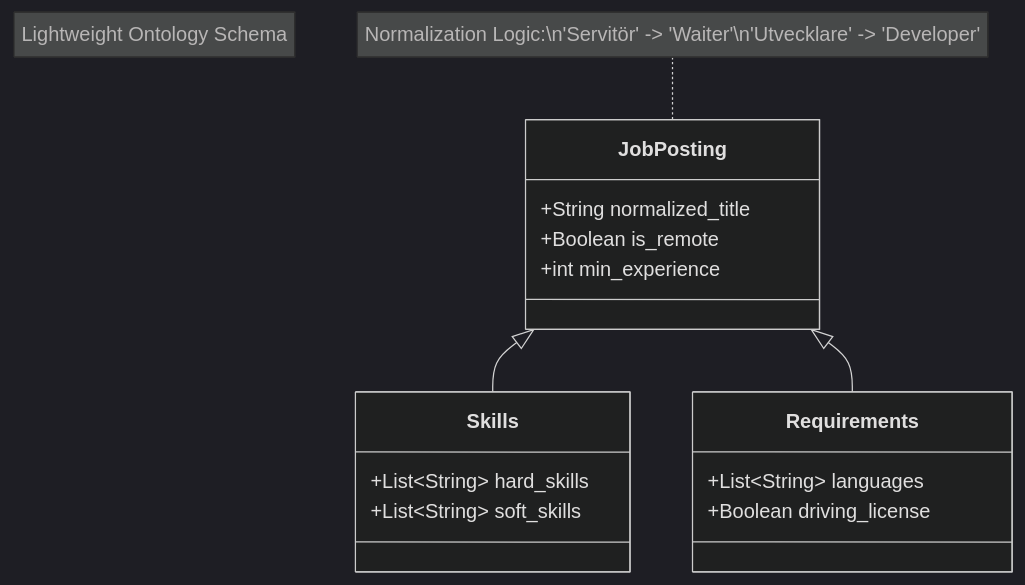
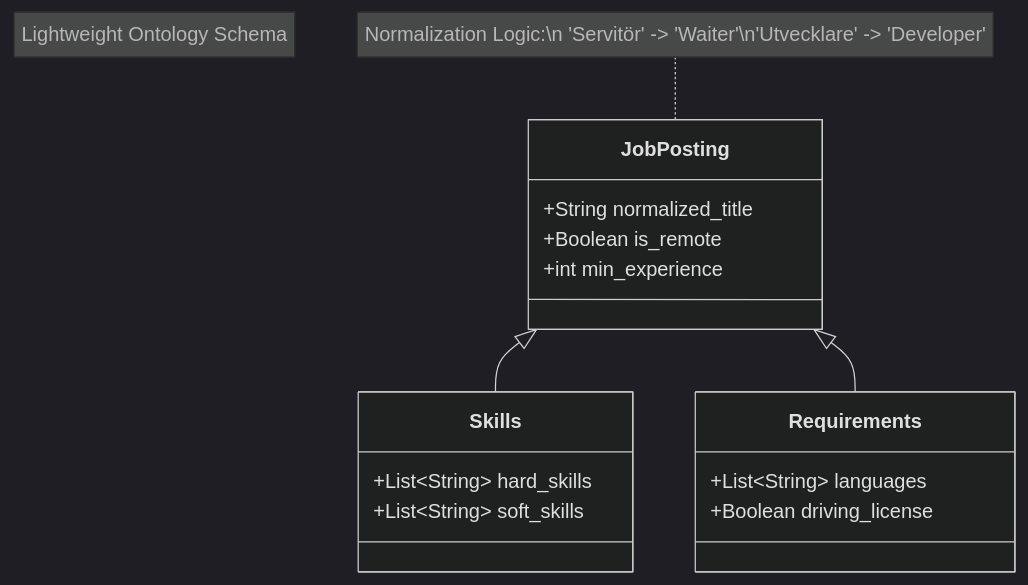
One commit to YuliaShiyy/LinkedIn-Jobs-Sweden-Analysis changed the diagram in README.md. Above: the diagram before and after it, drawn with Mermaid (dark theme).

````diff
--- a/README.md
+++ b/README.md
@@ -29,24 +29,24 @@
 ```mermaid
 classDiagram
     note "Lightweight Ontology Schema"
     JobPosting <|-- Skills
     JobPosting <|-- Requirements
 
     class JobPosting {
         +String normalized_title
         +Boolean is_remote
         +int min_experience
     }
 
     class Skills {
         +List~String~ hard_skills
         +List~String~ soft_skills
     }
 
     class Requirements {
         +List~String~ languages
         +Boolean driving_license
     }
 
-    note for JobPosting "Normalization Logic:\n'Servitör' -> 'Waiter'\n'Utvecklare' -> 'Developer'"
+    note for JobPosting "Normalization Logic:\n 'Servitör' -> 'Waiter'\n'Utvecklare' -> 'Developer'"
 ```
````
